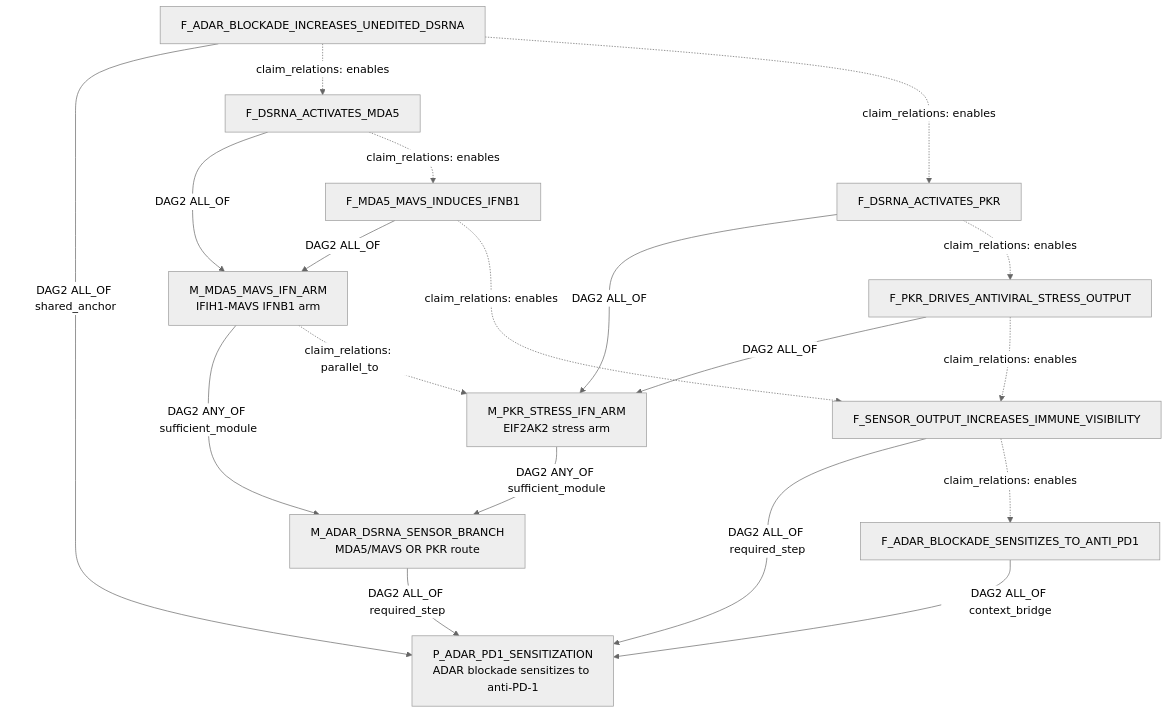
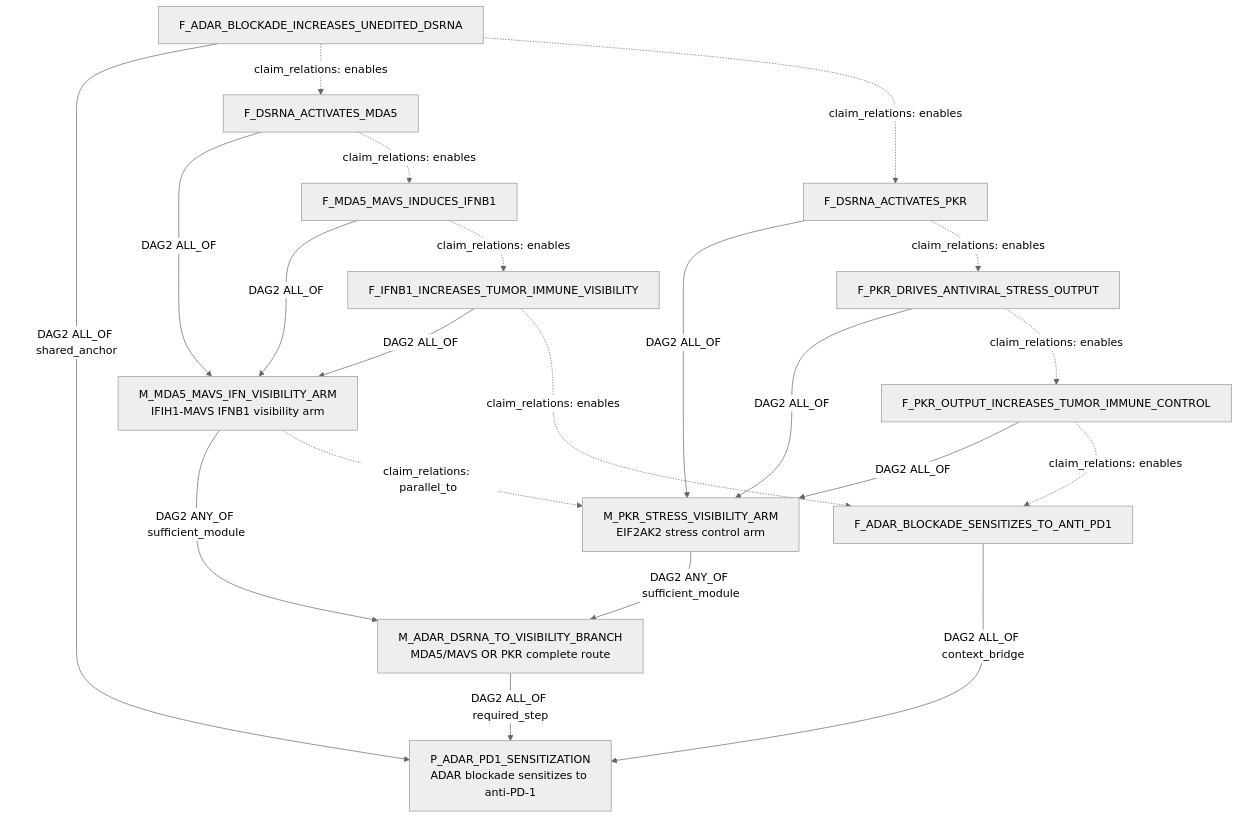
The first of 4 diagrams in FOCUSED_DAG2_CLAIM_RELATION_EXAMPLES_20260604.md (eliannaqk/bioKG), drawn with Mermaid (neutral theme) before and after one commit. The commit also changed other lines of this file, not shown here.

Commit message:
Tighten ADAR DAG2 branch semantics

````diff
--- a/FOCUSED_DAG2_CLAIM_RELATION_EXAMPLES_20260604.md
+++ b/FOCUSED_DAG2_CLAIM_RELATION_EXAMPLES_20260604.md
@@ -105,34 +114,37 @@
 ```mermaid
 flowchart TD
   P["P_ADAR_PD1_SENSITIZATION<br/>ADAR blockade sensitizes to anti-PD-1"]
-  SENSOR["M_ADAR_DSRNA_SENSOR_BRANCH<br/>MDA5/MAVS OR PKR route"]
-  MDA5["M_MDA5_MAVS_IFN_ARM<br/>IFIH1-MAVS IFNB1 arm"]
-  PKR["M_PKR_STRESS_IFN_ARM<br/>EIF2AK2 stress arm"]
+  SENSOR["M_ADAR_DSRNA_TO_VISIBILITY_BRANCH<br/>MDA5/MAVS OR PKR complete route"]
+  MDA5["M_MDA5_MAVS_IFN_VISIBILITY_ARM<br/>IFIH1-MAVS IFNB1 visibility arm"]
+  PKR["M_PKR_STRESS_VISIBILITY_ARM<br/>EIF2AK2 stress control arm"]
   DSRNA["F_ADAR_BLOCKADE_INCREASES_UNEDITED_DSRNA"]
   A1["F_DSRNA_ACTIVATES_MDA5"]
   A2["F_MDA5_MAVS_INDUCES_IFNB1"]
+  A3["F_IFNB1_INCREASES_TUMOR_IMMUNE_VISIBILITY"]
   B1["F_DSRNA_ACTIVATES_PKR"]
   B2["F_PKR_DRIVES_ANTIVIRAL_STRESS_OUTPUT"]
-  VIS["F_SENSOR_OUTPUT_INCREASES_IMMUNE_VISIBILITY"]
+  B3["F_PKR_OUTPUT_INCREASES_TUMOR_IMMUNE_CONTROL"]
   PD1["F_ADAR_BLOCKADE_SENSITIZES_TO_ANTI_PD1"]
 
   DSRNA -- "DAG2 ALL_OF shared_anchor" --> P
   SENSOR -- "DAG2 ALL_OF required_step" --> P
-  VIS -- "DAG2 ALL_OF required_step" --> P
   PD1 -- "DAG2 ALL_OF context_bridge" --> P
   MDA5 -- "DAG2 ANY_OF sufficient_module" --> SENSOR
   PKR -- "DAG2 ANY_OF sufficient_module" --> SENSOR
   A1 -- "DAG2 ALL_OF" --> MDA5
   A2 -- "DAG2 ALL_OF" --> MDA5
+  A3 -- "DAG2 ALL_OF" --> MDA5
   B1 -- "DAG2 ALL_OF" --> PKR
   B2 -- "DAG2 ALL_OF" --> PKR
+  B3 -- "DAG2 ALL_OF" --> PKR
 
   DSRNA -. "claim_relations: enables" .-> A1
   DSRNA -. "claim_relations: enables" .-> B1
   A1 -. "claim_relations: enables" .-> A2
+  A2 -. "claim_relations: enables" .-> A3
   B1 -. "claim_relations: enables" .-> B2
+  B2 -. "claim_relations: enables" .-> B3
   MDA5 -. "claim_relations: parallel_to" .-> PKR
-  A2 -. "claim_relations: enables" .-> VIS
-  B2 -. "claim_relations: enables" .-> VIS
-  VIS -. "claim_relations: enables" .-> PD1
+  A3 -. "claim_relations: enables" .-> PD1
+  B3 -. "claim_relations: enables" .-> PD1
 ```
````
